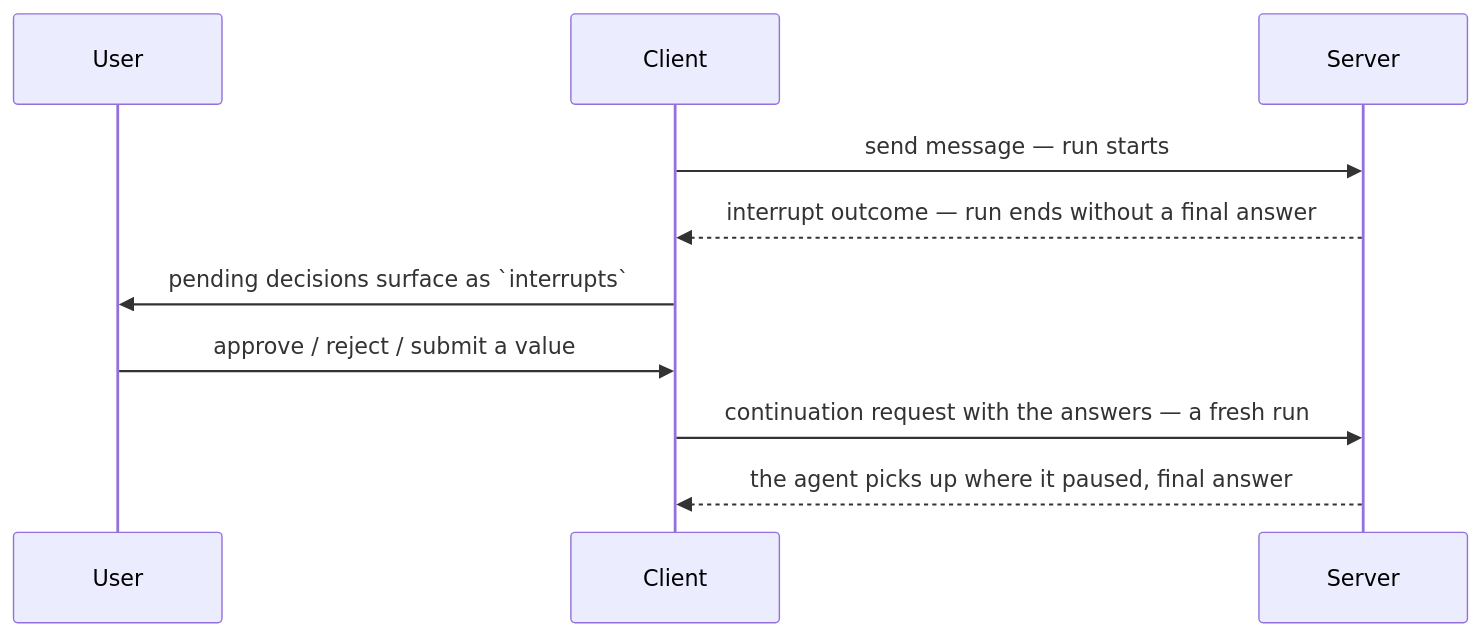
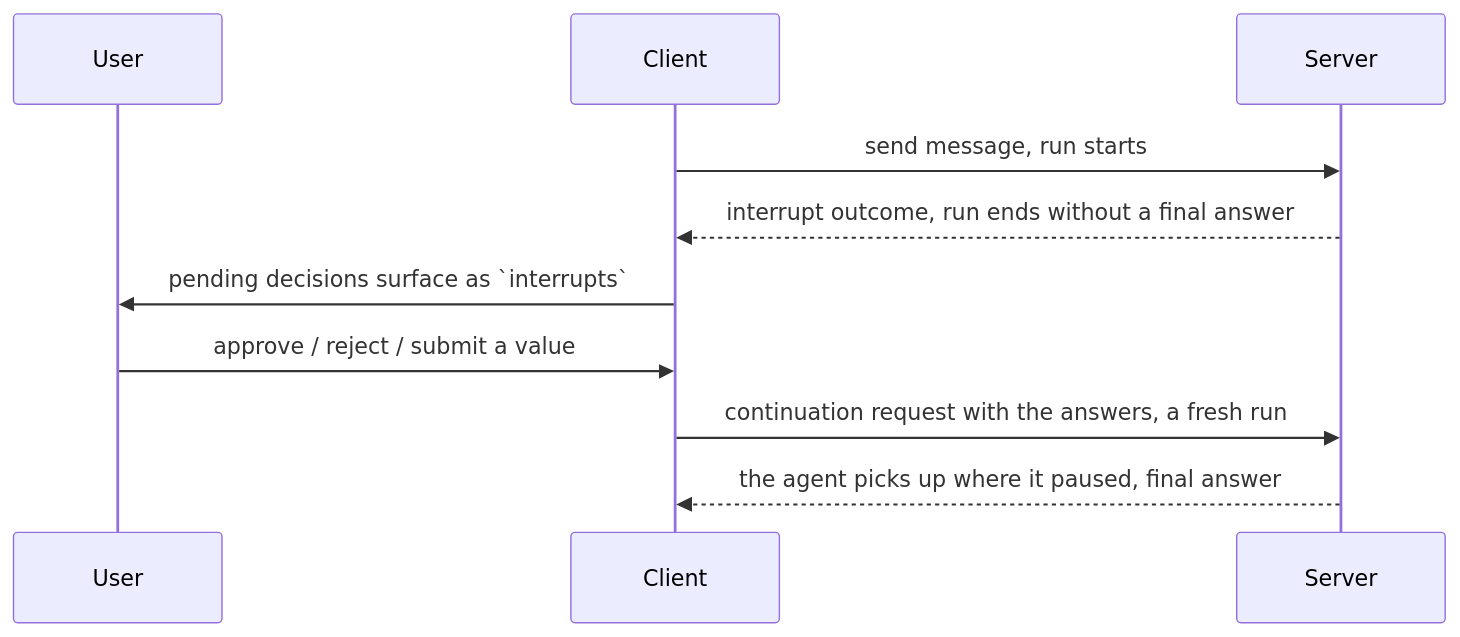
Before and after one commit to TanStack/ai: the diagram in docs/interrupts/overview.md, drawn with Mermaid. The commit also changed other lines of this file and 6 other files, not shown here.

````diff
--- a/docs/interrupts/overview.md
+++ b/docs/interrupts/overview.md
@@ -33,13 +33,13 @@
 ```mermaid
 sequenceDiagram
     participant User
     participant Client
     participant Server
 
-    Client->>Server: send message — run starts
-    Server-->>Client: interrupt outcome — run ends without a final answer
+    Client->>Server: send message, run starts
+    Server-->>Client: interrupt outcome, run ends without a final answer
     Client->>User: pending decisions surface as `interrupts`
     User->>Client: approve / reject / submit a value
-    Client->>Server: continuation request with the answers — a fresh run
+    Client->>Server: continuation request with the answers, a fresh run
     Server-->>Client: the agent picks up where it paused, final answer
 ```
````
